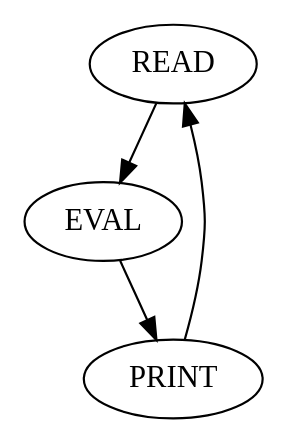
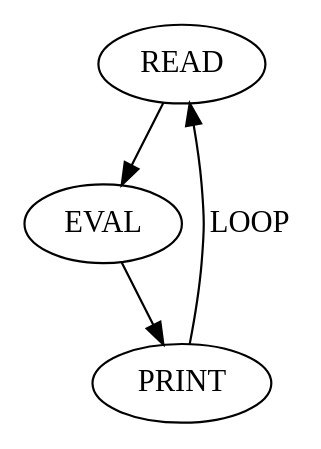
The diagram in meta.rst (AndreaCrotti/meta-programming-talk), drawn with Graphviz before and after one commit. The commit also changed other lines of this file, not shown here.

```diff
--- a/meta.rst
+++ b/meta.rst
@@ -96,3 +109,4 @@
 .. digraph:: repl
 
-   READ -> EVAL -> PRINT -> READ
+   READ -> EVAL -> PRINT;
+   PRINT -> READ [label="LOOP"];
```
